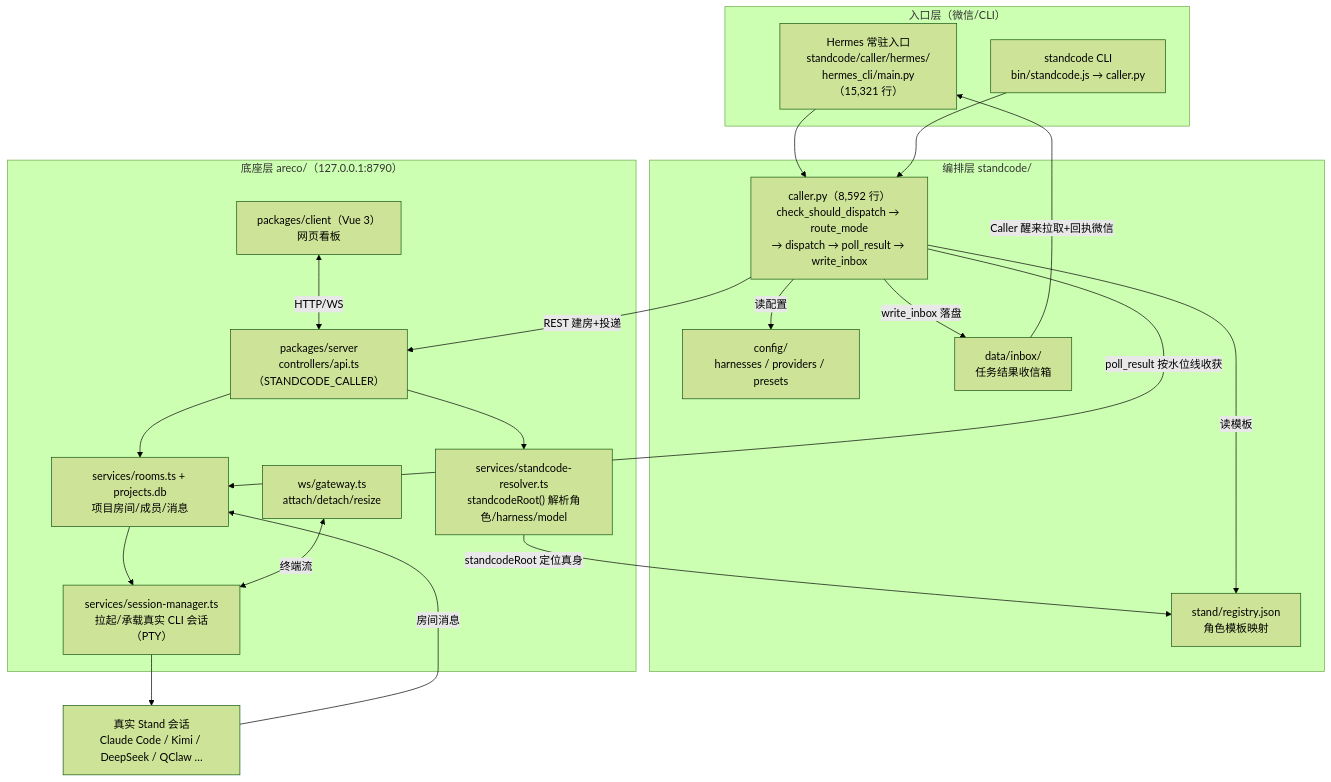
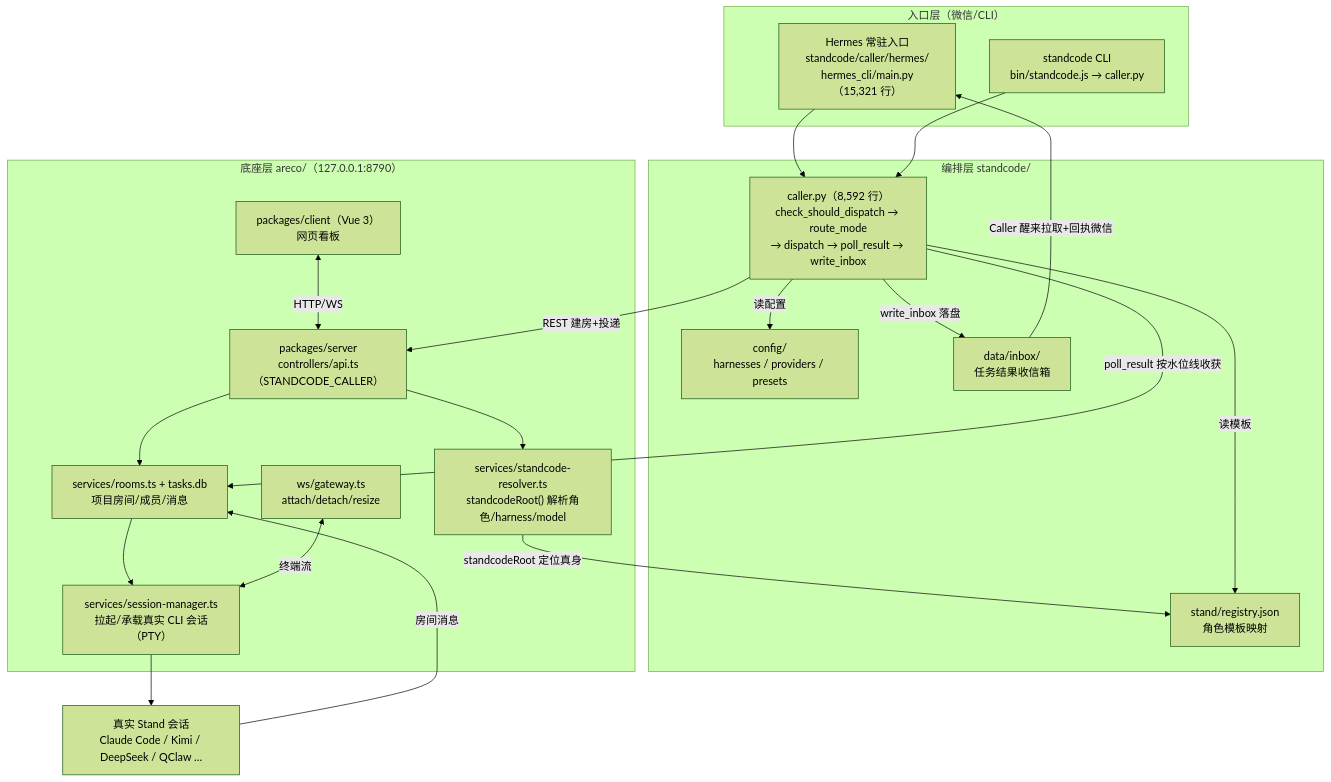
Before and after one commit to bb4407777/areco: the first of 2 diagrams in standcode/docs/architecture-map-20260731.md, drawn with Mermaid (forest theme). The commit also changed 5 other files, not shown here.

Commit message:
fix(standcode): 落库 projects.db→tasks.db 改名热修——areco 库文件 0801 已改名(盘上仅存 tasks.db),线上 deploy 树与主树 WIP 各持同一份手工补丁;收编进 main,防 standcode-deploy.sh reset --hard 把线上热修回退成 projects.db 断派发。docs/README 同步改名(与线上逐字节一致)

````diff
--- a/standcode/docs/architecture-map-20260731.md
+++ b/standcode/docs/architecture-map-20260731.md
@@ -9,42 +9,42 @@
 ```mermaid
 flowchart TB
     subgraph 入口层["入口层（微信/CLI）"]
         Hermes["Hermes 常驻入口<br/>standcode/caller/hermes/<br/>hermes_cli/main.py（15,321 行）"]
         CLI["standcode CLI<br/>bin/standcode.js → caller.py"]
     end
 
     subgraph 编排层["编排层 standcode/"]
         Caller["caller.py（8,592 行）<br/>check_should_dispatch → route_mode<br/>→ dispatch → poll_result → write_inbox"]
         Config["config/<br/>harnesses / providers / presets"]
         Registry["stand/registry.json<br/>角色模板映射"]
         Inbox["data/inbox/<br/>任务结果收信箱"]
     end
 
     subgraph 底座层["底座层 areco/（127.0.0.1:8790）"]
         API["packages/server<br/>controllers/api.ts（STANDCODE_CALLER）"]
         Resolver["services/standcode-resolver.ts<br/>standcodeRoot() 解析角色/harness/model"]
-        Rooms["services/rooms.ts + projects.db<br/>项目房间/成员/消息"]
+        Rooms["services/rooms.ts + tasks.db<br/>项目房间/成员/消息"]
         SM["services/session-manager.ts<br/>拉起/承载真实 CLI 会话（PTY）"]
         WS["ws/gateway.ts<br/>attach/detach/resize"]
         Board["packages/client（Vue 3）<br/>网页看板"]
     end
 
     Stands["真实 Stand 会话<br/>Claude Code / Kimi / DeepSeek / QClaw …"]
 
     Hermes --> Caller
     CLI --> Caller
     Caller -->|读配置| Config
     Caller -->|读模板| Registry
     Caller -->|REST 建房+投递| API
     API --> Resolver
     Resolver -->|standcodeRoot 定位真身| Registry
     API --> Rooms
     Rooms --> SM
     SM --> Stands
     WS <-->|终端流| SM
     Board <-->|HTTP/WS| API
     Stands -->|房间消息| Rooms
     Caller -->|poll_result 按水位线收获| Rooms
     Caller -->|write_inbox 落盘| Inbox
     Inbox -->|Caller 醒来拉取+回执微信| Hermes
 ```
````
